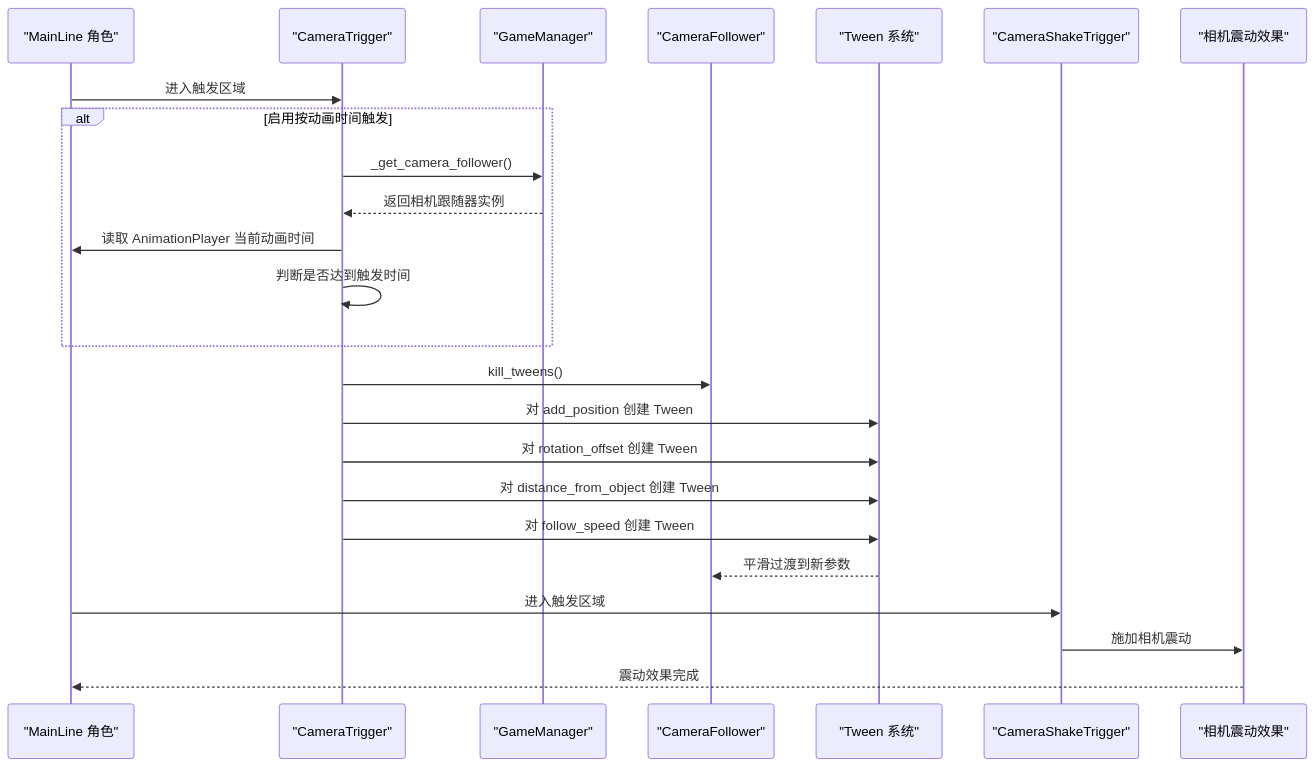
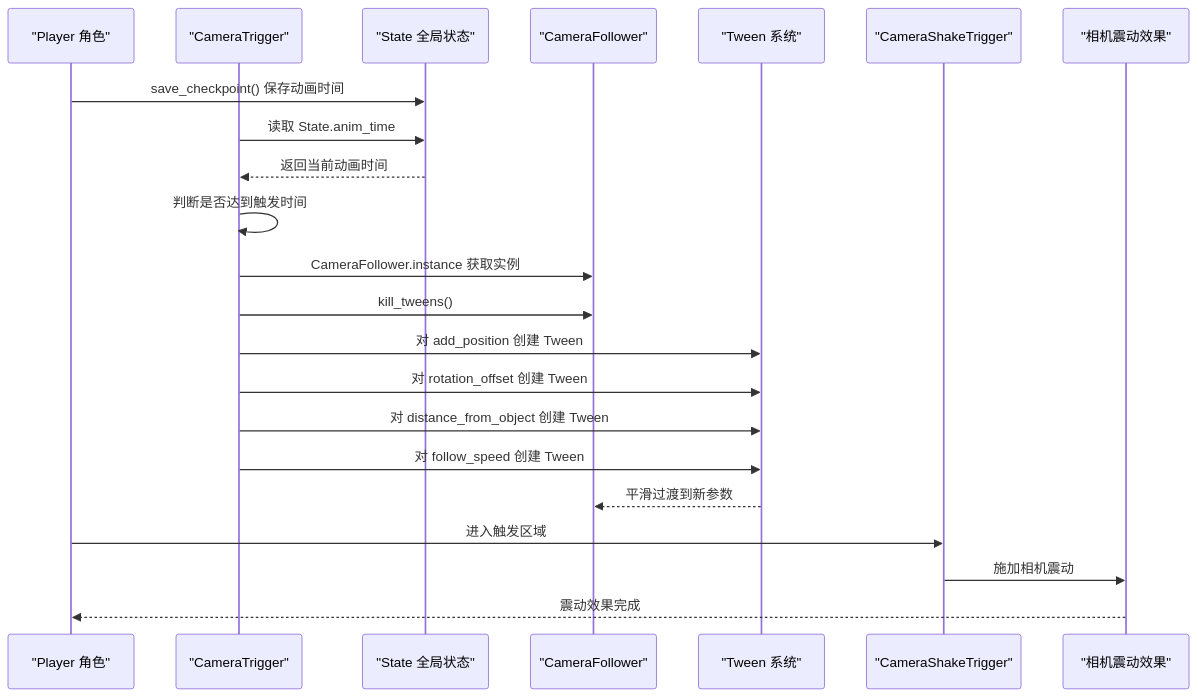
The second of 7 diagrams in .qoder/repowiki/zh/content/游戏系统/触发器系统/相机触发器.md (godotline/godot-line), drawn with Mermaid before and after one commit. The commit also changed other lines of this file and 10 other files, not shown here.

````diff
--- a/.qoder/repowiki/zh/content/游戏系统/触发器系统/相机触发器.md
+++ b/.qoder/repowiki/zh/content/游戏系统/触发器系统/相机触发器.md
@@ -143,26 +141,24 @@
 ```mermaid
 sequenceDiagram
-participant Player as "MainLine 角色"
+participant Player as "Player 角色"
 participant Trigger as "CameraTrigger"
-participant GameMgr as "GameManager"
+participant State as "State 全局状态"
 participant Follower as "CameraFollower"
 participant Tween as "Tween 系统"
 participant ShakeTrigger as "CameraShakeTrigger"
 participant ShakeEffect as "相机震动效果"
-Player->>Trigger : 进入触发区域
-alt 启用按动画时间触发
-Trigger->>GameMgr : _get_camera_follower()
-GameMgr-->>Trigger : 返回相机跟随器实例
-Trigger->>Player : 读取 AnimationPlayer 当前动画时间
+Player->>State : save_checkpoint() 保存动画时间
+Trigger->>State : 读取 State.anim_time
+State-->>Trigger : 返回当前动画时间
 Trigger->>Trigger : 判断是否达到触发时间
-end
+Trigger->>Follower : CameraFollower.instance 获取实例
 Trigger->>Follower : kill_tweens()
 Trigger->>Tween : 对 add_position 创建 Tween
 Trigger->>Tween : 对 rotation_offset 创建 Tween
 Trigger->>Tween : 对 distance_from_object 创建 Tween
 Trigger->>Tween : 对 follow_speed 创建 Tween
 Tween-->>Follower : 平滑过渡到新参数
 Player->>ShakeTrigger : 进入触发区域
 ShakeTrigger->>ShakeEffect : 施加相机震动
 ShakeEffect-->>Player : 震动效果完成
 ```
````
